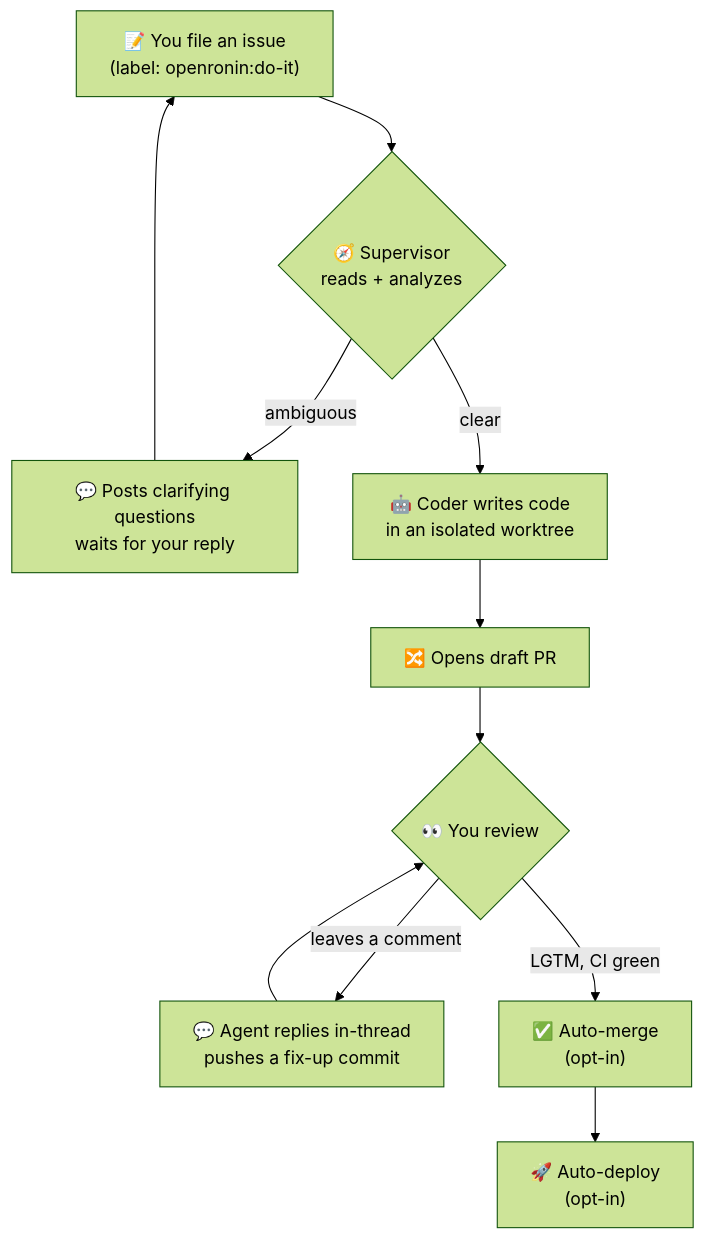
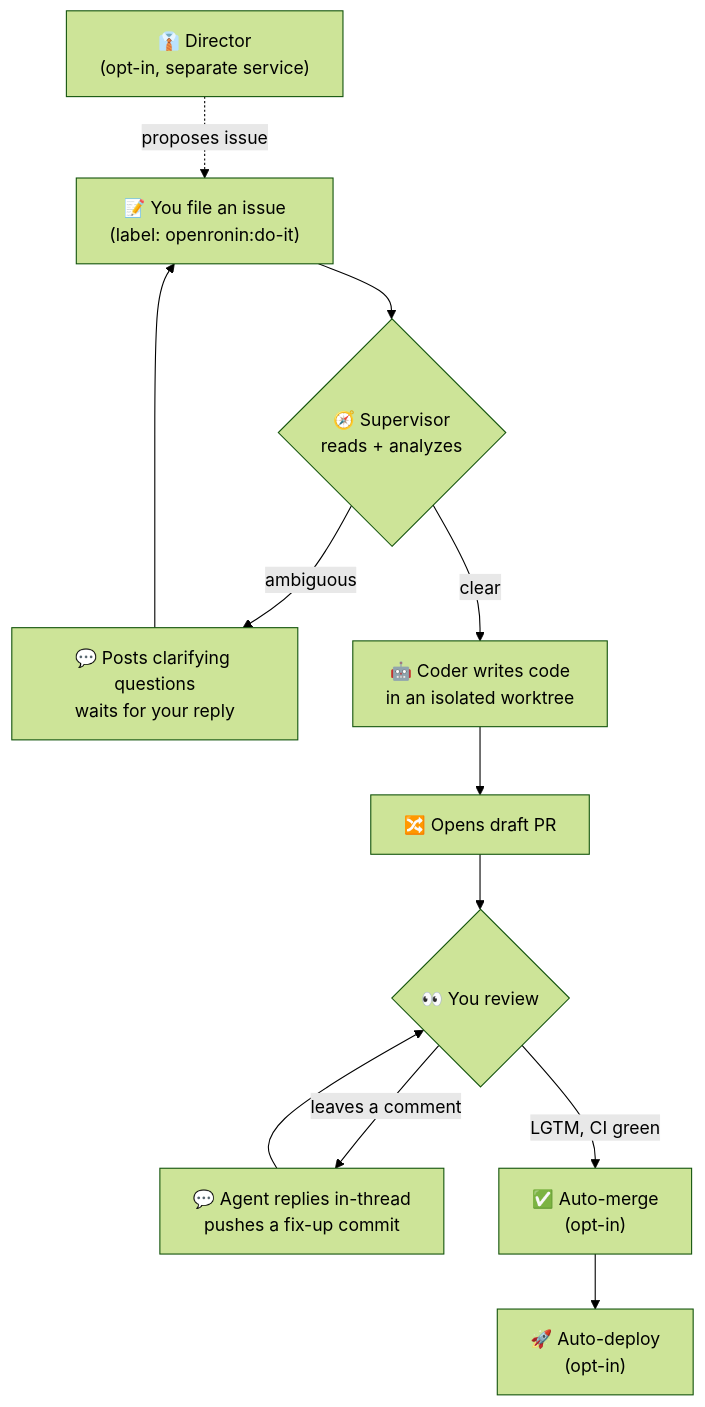
The diagram in README.md (openronin/openronin), drawn with Mermaid (forest theme) before and after one commit. The commit also changed other lines of this file and 17 other files, not shown here.

First line of the commit message:
feat(director): foundation — schema, types, chat, charter, budget, service entry (#21)

````diff
--- a/README.md
+++ b/README.md
@@ -78,13 +78,14 @@
 ```mermaid
 flowchart TD
+    Z["👔 Director<br/>(opt-in, separate service)"] -. "proposes issue" .-> A
     A["📝 You file an issue<br/>(label: openronin:do-it)"] --> B{"🧭 Supervisor<br/>reads + analyzes"}
     B -- "ambiguous" --> C["💬 Posts clarifying questions<br/>waits for your reply"]
     C --> A
     B -- "clear" --> D["🤖 Coder writes code<br/>in an isolated worktree"]
     D --> E["🔀 Opens draft PR"]
     E --> F{"👀 You review"}
     F -- "leaves a comment" --> G["💬 Agent replies in-thread<br/>pushes a fix-up commit"]
     G --> F
     F -- "LGTM, CI green" --> H["✅ Auto-merge<br/>(opt-in)"]
     H --> I["🚀 Auto-deploy<br/>(opt-in)"]
 ```
````
